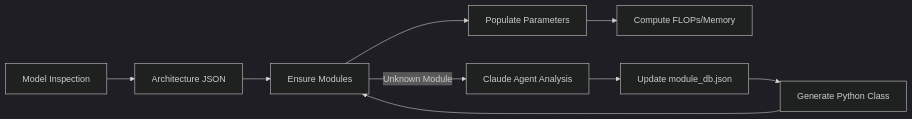
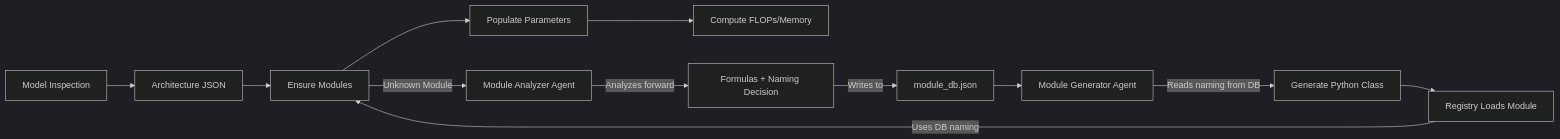
One commit to feitang0/LM-Predictor changed the diagram in CLAUDE.md. Above: the diagram before and after it, drawn with Mermaid (dark theme). The commit also changed other lines of this file and 5 other files, not shown here.

First line of the commit message:
feat: implement module naming consistency workflow

````diff
--- a/CLAUDE.md
+++ b/CLAUDE.md
@@ -72,12 +73,15 @@
 ```mermaid
 flowchart LR
     A[Model Inspection] --> B[Architecture JSON]
     B --> C[Ensure Modules]
     C --> D[Populate Parameters]
     D --> E[Compute FLOPs/Memory]
 
-    C -->|Unknown Module| F[Claude Agent Analysis]
-    F --> G[Update module_db.json]
-    G --> H[Generate Python Class]
-    H --> C
+    C -->|Unknown Module| F[Module Analyzer Agent]
+    F -->|Analyzes forward| G[Formulas + Naming Decision]
+    G -->|Writes to| H[module_db.json]
+    H --> I[Module Generator Agent]
+    I -->|Reads naming from DB| J[Generate Python Class]
+    J --> K[Registry Loads Module]
+    K -->|Uses DB naming| C
 ```
````
